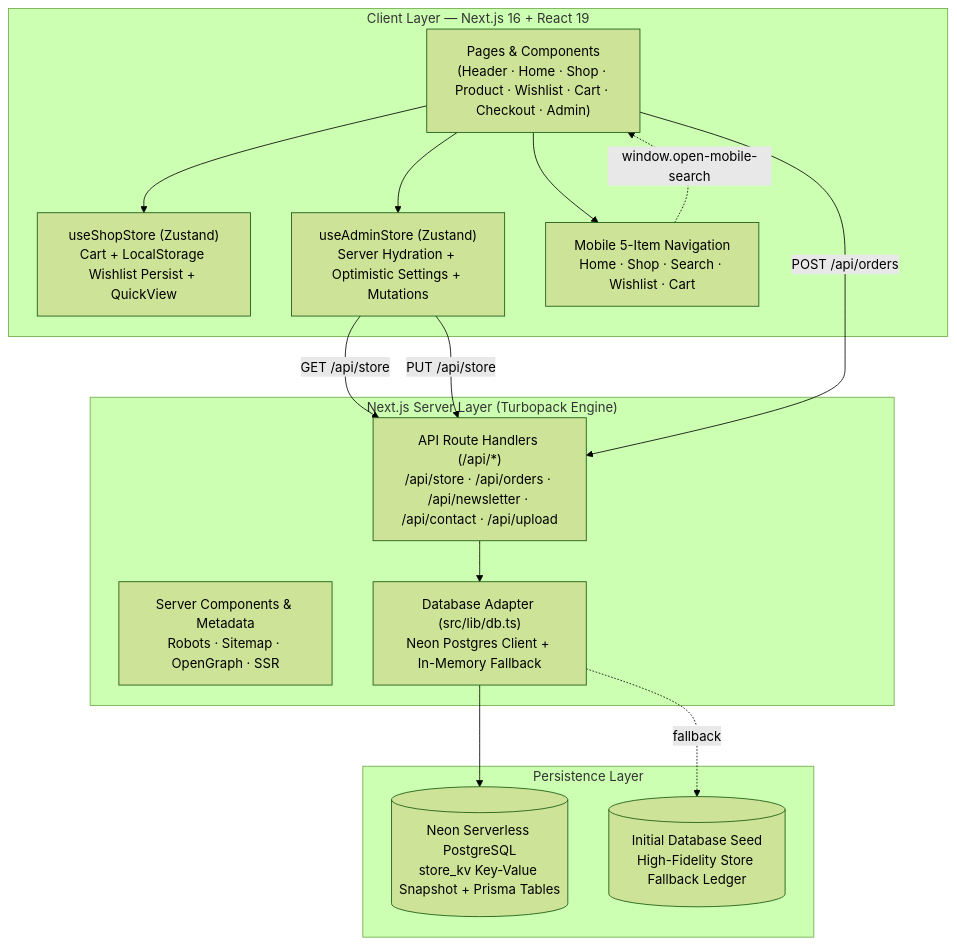
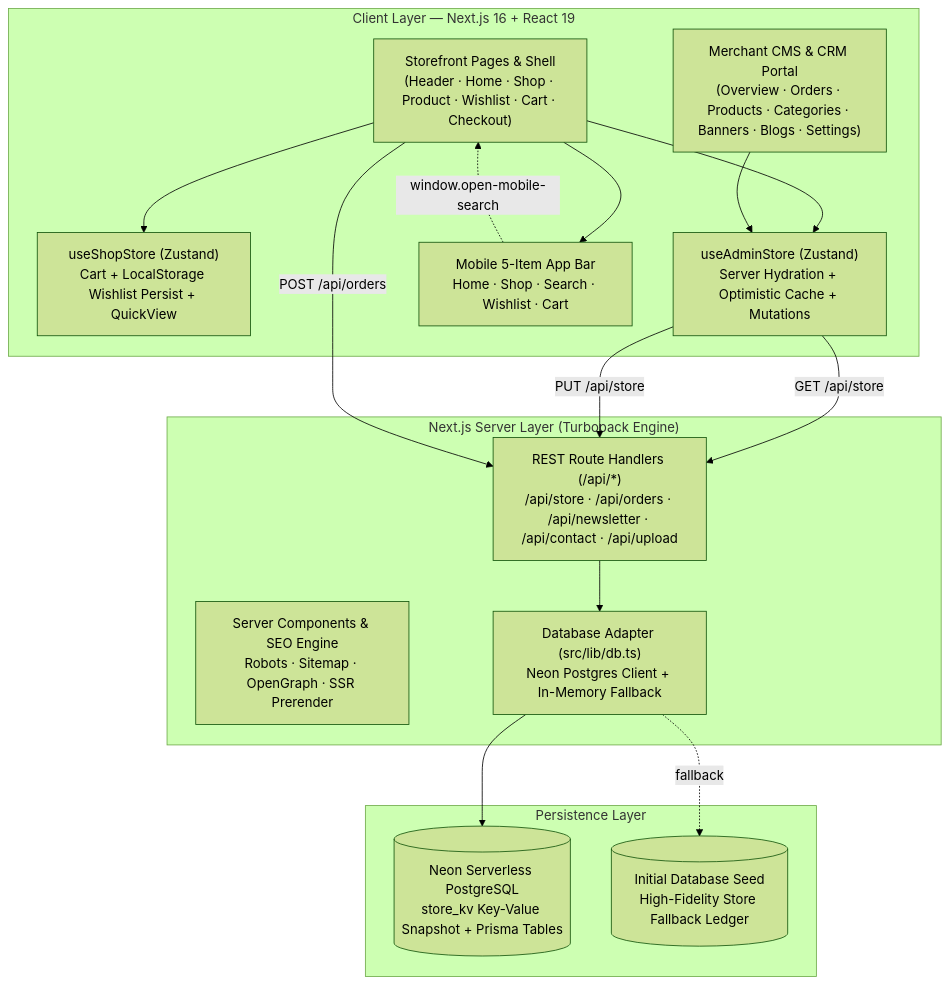
One commit to Khubaib-shah/3Auqab-Perfume changed the first of 3 diagrams in README.md. Above: the diagram before and after it, drawn with Mermaid (forest theme). The commit also changed other lines of this file and 9 other files, not shown here.

Commit message:
docs: showcase authentic live storefront and admin WhatsApp CRM screenshots in README

````diff
--- a/README.md
+++ b/README.md
@@ -106,31 +115,33 @@
 ```mermaid
 flowchart TB
     subgraph Client["Client Layer — Next.js 16 + React 19"]
-        UI["Pages & Components<br/>(Header · Home · Shop · Product · Wishlist · Cart · Checkout · Admin)"]
+        UI["Storefront Pages & Shell<br/>(Header · Home · Shop · Product · Wishlist · Cart · Checkout)"]
+        AdminUI["Merchant CMS & CRM Portal<br/>(Overview · Orders · Products · Categories · Banners · Blogs · Settings)"]
         ShopStore["useShopStore (Zustand)<br/>Cart + LocalStorage Wishlist Persist + QuickView"]
-        AdminStore["useAdminStore (Zustand)<br/>Server Hydration + Optimistic Settings + Mutations"]
-        BottomNav["Mobile 5-Item Navigation<br/>Home · Shop · Search · Wishlist · Cart"]
+        AdminStore["useAdminStore (Zustand)<br/>Server Hydration + Optimistic Cache + Mutations"]
+        BottomNav["Mobile 5-Item App Bar<br/>Home · Shop · Search · Wishlist · Cart"]
     end
 
     subgraph Server["Next.js Server Layer (Turbopack Engine)"]
-        RSC["Server Components & Metadata<br/>Robots · Sitemap · OpenGraph · SSR"]
-        APIRouter["API Route Handlers (/api/*)<br/>/api/store · /api/orders · /api/newsletter · /api/contact · /api/upload"]
+        RSC["Server Components & SEO Engine<br/>Robots · Sitemap · OpenGraph · SSR Prerender"]
+        APIRouter["REST Route Handlers (/api/*)<br/>/api/store · /api/orders · /api/newsletter · /api/contact · /api/upload"]
         DBBridge["Database Adapter (src/lib/db.ts)<br/>Neon Postgres Client + In-Memory Fallback"]
     end
 
     subgraph Data["Persistence Layer"]
         PG[("Neon Serverless PostgreSQL<br/>store_kv Key-Value Snapshot + Prisma Tables")]
         StaticSeed[("Initial Database Seed<br/>High-Fidelity Store Fallback Ledger")]
     end
 
     UI --> ShopStore
     UI --> AdminStore
     UI --> BottomNav
+    AdminUI --> AdminStore
     BottomNav -. "window.open-mobile-search" .-> UI
     AdminStore -- "GET /api/store" --> APIRouter
     AdminStore -- "PUT /api/store" --> APIRouter
     UI -- "POST /api/orders" --> APIRouter
     APIRouter --> DBBridge
     DBBridge --> PG
     DBBridge -. fallback .-> StaticSeed
 ```
````
